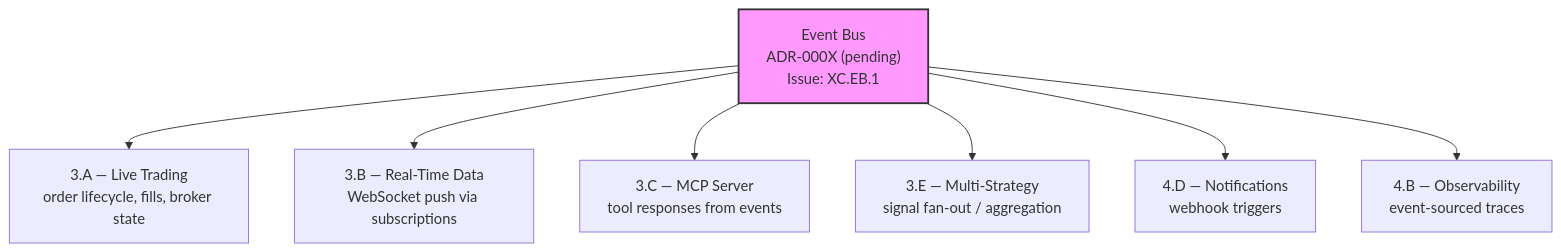
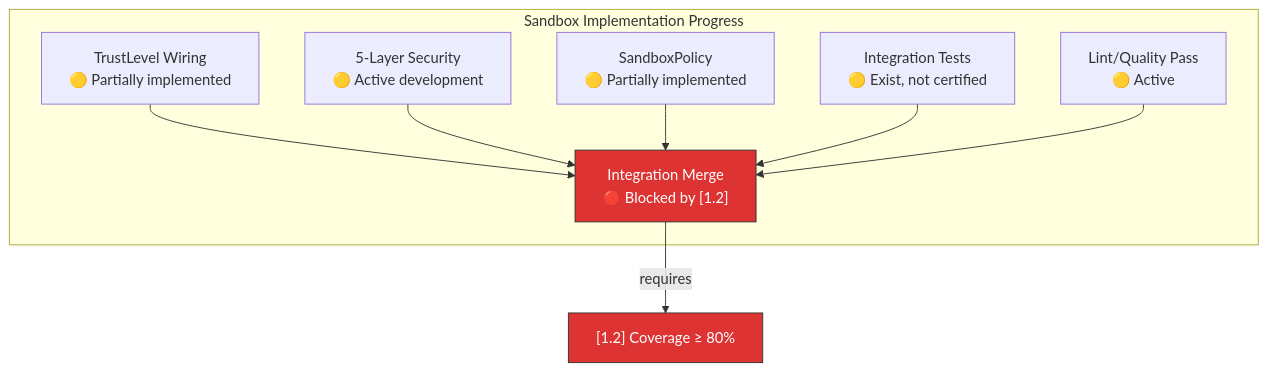
The third of 4 diagrams in STRATEGY.md (SevFle/nexus-trade-engine), drawn with Mermaid before and after one commit. The commit also changed other lines of this file and 6 other files, not shown here.

Commit message:
fix(sandbox): resolve 5 lint errors blocking quality gate

````diff
--- a/STRATEGY.md
+++ b/STRATEGY.md
@@ -137,12 +246,21 @@
 ```mermaid
 graph TD
-    EB["Event Bus<br/>ADR-000X (pending)<br/>Issue: XC.EB.1"]
-    EB --> LT["3.A — Live Trading<br/>order lifecycle, fills, broker state"]
-    EB --> RT["3.B — Real-Time Data<br/>WebSocket push via subscriptions"]
-    EB --> MCP["3.C — MCP Server<br/>tool responses from events"]
-    EB --> MS["3.E — Multi-Strategy<br/>signal fan-out / aggregation"]
-    EB --> NOT["4.D — Notifications<br/>webhook triggers"]
-    EB --> OBS["4.B — Observability<br/>event-sourced traces"]
+    subgraph "Sandbox Implementation Progress"
+        TL["TrustLevel Wiring<br/>🟡 Partially implemented"]
+        SL["5-Layer Security<br/>🟡 Active development"]
+        SP["SandboxPolicy<br/>🟡 Partially implemented"]
+        IT["Integration Tests<br/>🟡 Exist, not certified"]
+        LP["Lint/Quality Pass<br/>🟡 Active"]
+        IG["Integration Merge<br/>🔴 Blocked by [1.2]"]
+    end
 
-    style EB fill:#f9f,stroke:#333,stroke-width:2px
+    TL --> IG
+    SL --> IG
+    SP --> IG
+    IT --> IG
+    LP --> IG
+    IG -->|"requires"| GATE["[1.2] Coverage ≥ 80%"]
+
+    style IG fill:#d33,stroke:#333,color:#fff
+    style GATE fill:#d33,stroke:#333,color:#fff
 ```
````
